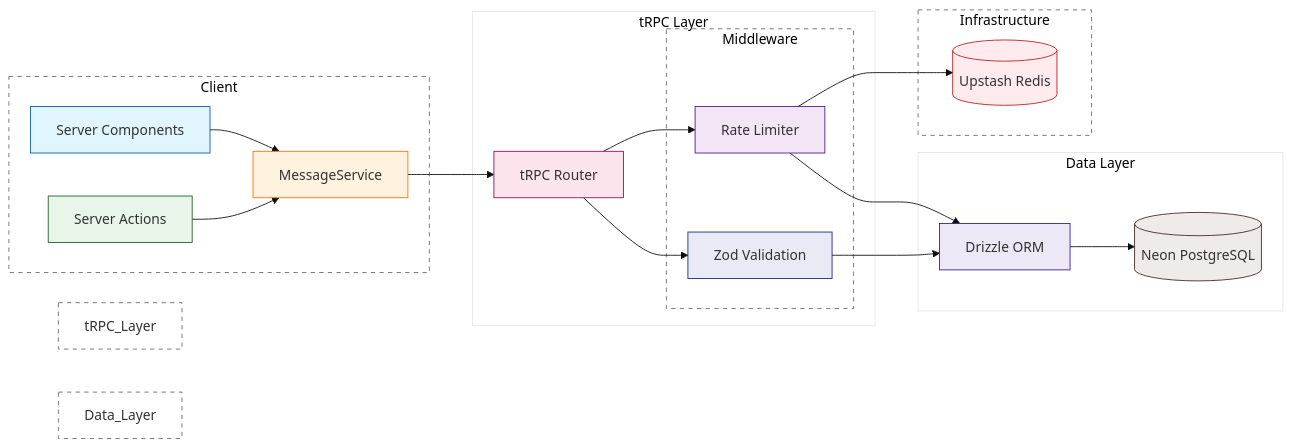
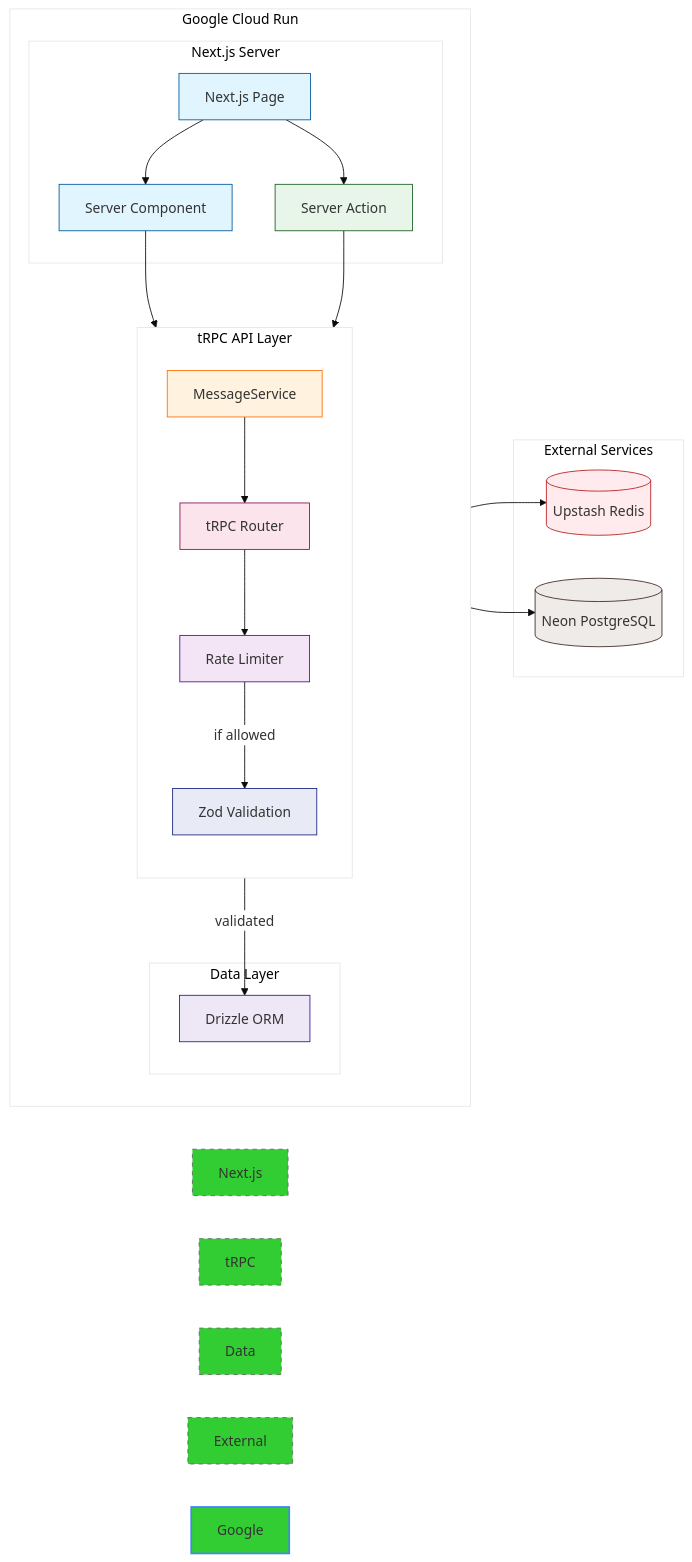
One commit to omste/helloworld changed the diagram in README.md. Above: the diagram before and after it, drawn with Mermaid. The commit also changed other lines of this file, not shown here.

Commit message:
more accurate diagram

````diff
--- a/README.md
+++ b/README.md
@@ -44,59 +44,62 @@
 ```mermaid
 %%{init: {'theme': 'base', 'themeVariables': { 'primaryColor': '#32CD32', 'edgeLabelBackground':'#fff', 'tertiaryColor': '#fff'}}}%%
 graph LR
-    subgraph Client
-        RSC[Server Components]
-        SA[Server Actions]
-        MS[MessageService]
-    end
+    %% Cloud Platform
+    subgraph "Google Cloud Run"
+        direction TB
+        subgraph "Next.js Server"
+            Page[Next.js Page]
+            SC[Server Component]
+            SA[Server Action]
+        end
 
-    subgraph "tRPC Layer"
-        TR[tRPC Router]
-        subgraph "Middleware"
+        subgraph "tRPC API Layer"
+            direction TB
             RL[Rate Limiter]
+            TR[tRPC Router]
             ZV[Zod Validation]
+            MS[MessageService]
+        end
+
+        subgraph "Data Layer"
+            DO[Drizzle ORM]
         end
     end
 
-    subgraph "Infrastructure"
+    %% External Services
+    subgraph "External Services"
         RD[(Upstash Redis)]
-    end
-
-    subgraph "Data Layer"
-        DO[Drizzle ORM]
         DB[(Neon PostgreSQL)]
     end
 
-    %% Client to tRPC connections
-    RSC --> MS
+    %% Flow
+    Page --> SC
+    Page --> SA
+    SC --> MS
     SA --> MS
     MS --> TR
-
-    %% tRPC internal flow
     TR --> RL
-    TR --> ZV
     RL --> RD
-    RL --> DO
-    ZV --> DO
-
-    %% Data layer
+    RL --> |if allowed| ZV
+    ZV --> |validated| DO
     DO --> DB
 
     %% Styles
-    style RSC fill:#e1f5fe,stroke:#01579b
+    style Page fill:#e1f5fe,stroke:#01579b
+    style SC fill:#e1f5fe,stroke:#01579b
     style SA fill:#e8f5e9,stroke:#1b5e20
     style MS fill:#fff3e0,stroke:#ff6f00
     style TR fill:#fce4ec,stroke:#880e4f
     style RL fill:#f3e5f5,stroke:#4a148c
     style ZV fill:#e8eaf6,stroke:#1a237e
     style DO fill:#ede7f6,stroke:#311b92
     style DB fill:#efebe9,stroke:#3e2723
     style RD fill:#ffebee,stroke:#b71c1c
 
-    %% Apply styles to subgraphs
-    style Client fill:none,stroke:#666,stroke-dasharray: 5 5
-    style tRPC_Layer fill:none,stroke:#666,stroke-dasharray: 5 5
-    style Infrastructure fill:none,stroke:#666,stroke-dasharray: 5 5
-    style Data_Layer fill:none,stroke:#666,stroke-dasharray: 5 5
-    style Middleware fill:none,stroke:#666,stroke-dasharray: 5 5
+    %% Container styles
+    style Next.js Server fill:none,stroke:#666,stroke-dasharray: 5 5
+    style tRPC API Layer fill:none,stroke:#666,stroke-dasharray: 5 5
+    style Data Layer fill:none,stroke:#666,stroke-dasharray: 5 5
+    style External Services fill:none,stroke:#666,stroke-dasharray: 5 5
+    style Google Cloud Run fill:none,stroke:#4285f4,stroke-width:2px
 ```
````
